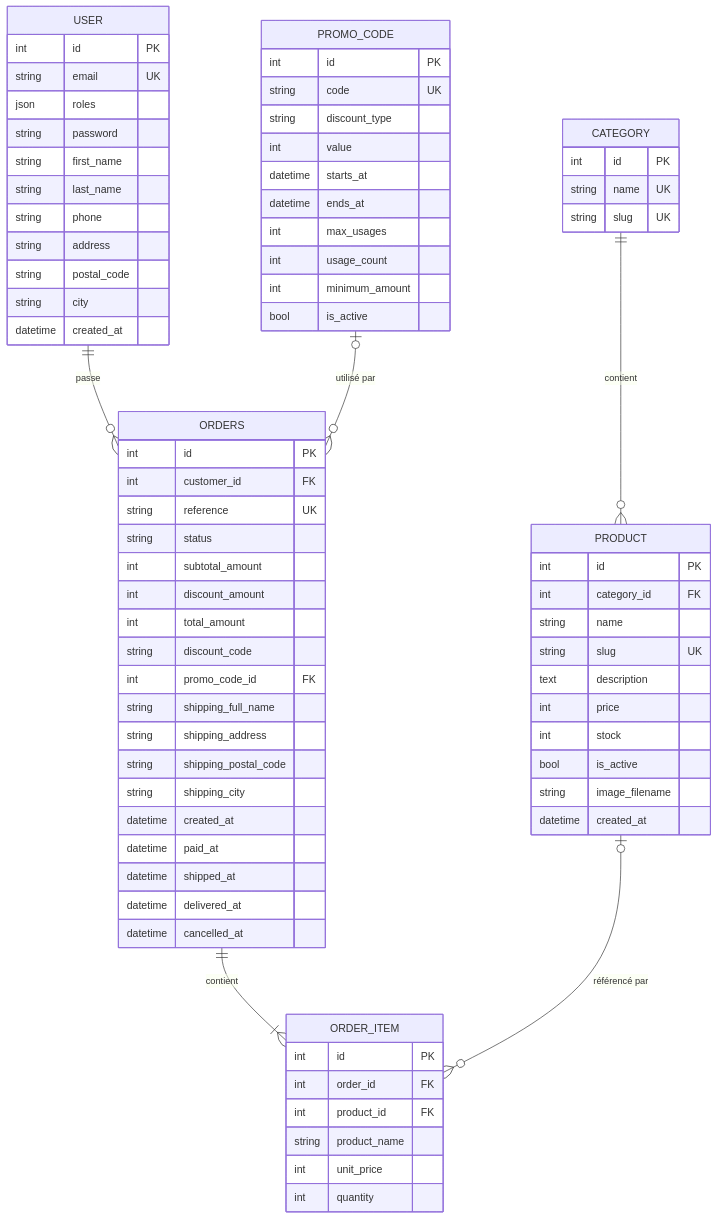
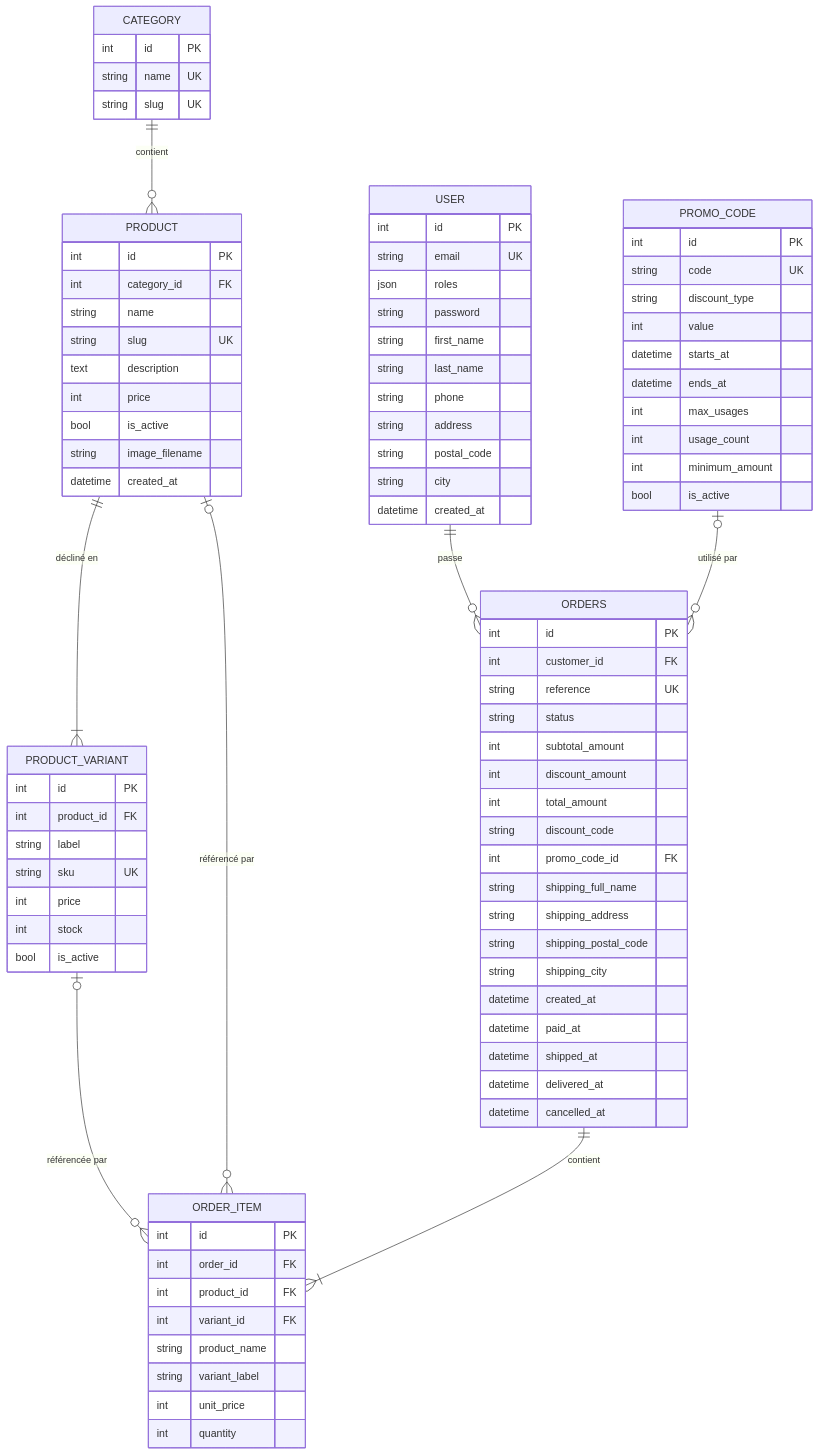
Before and after one commit to Math-Pav/e-commerce: the diagram in docs/modele-de-donnees.md, drawn with Mermaid. The commit also changed other lines of this file and 1 other file, not shown here.

````diff
--- a/docs/modele-de-donnees.md
+++ b/docs/modele-de-donnees.md
@@ -7,6 +7,8 @@
 ```mermaid
 erDiagram
     CATEGORY ||--o{ PRODUCT : contient
+    PRODUCT ||--|{ PRODUCT_VARIANT : "décliné en"
+    PRODUCT_VARIANT |o--o{ ORDER_ITEM : "référencée par"
     USER ||--o{ ORDERS : passe
     ORDERS ||--|{ ORDER_ITEM : contient
     PRODUCT |o--o{ ORDER_ITEM : "référencé par"
@@ -24,10 +26,18 @@
         string slug UK
         text description
         int price
-        int stock
         bool is_active
         string image_filename
         datetime created_at
+    }
+    PRODUCT_VARIANT {
+        int id PK
+        int product_id FK
+        string label
+        string sku UK
+        int price
+        int stock
+        bool is_active
     }
     USER {
         int id PK
@@ -78,7 +88,9 @@
         int id PK
         int order_id FK
         int product_id FK
+        int variant_id FK
         string product_name
+        string variant_label
         int unit_price
         int quantity
     }
````
